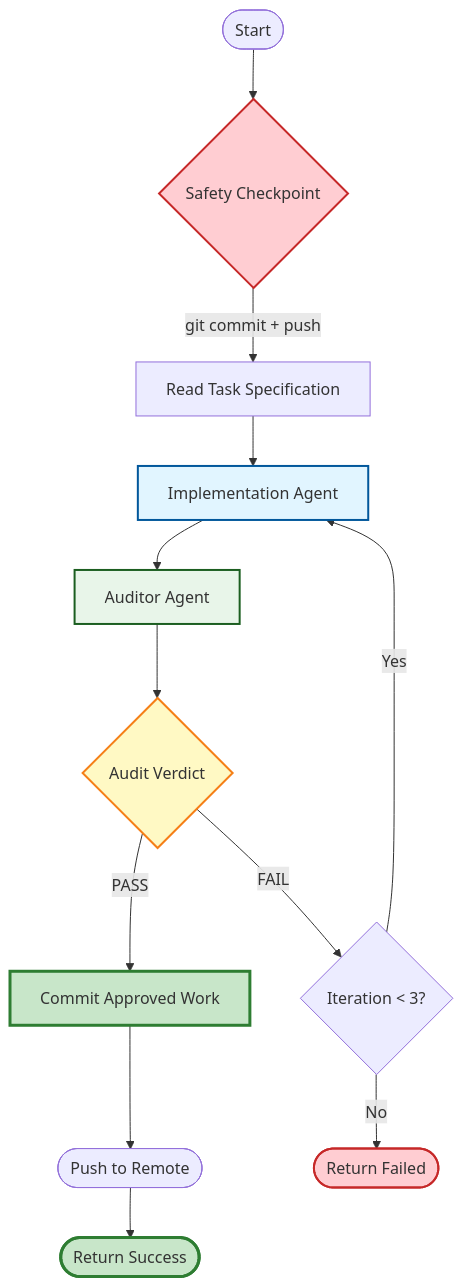
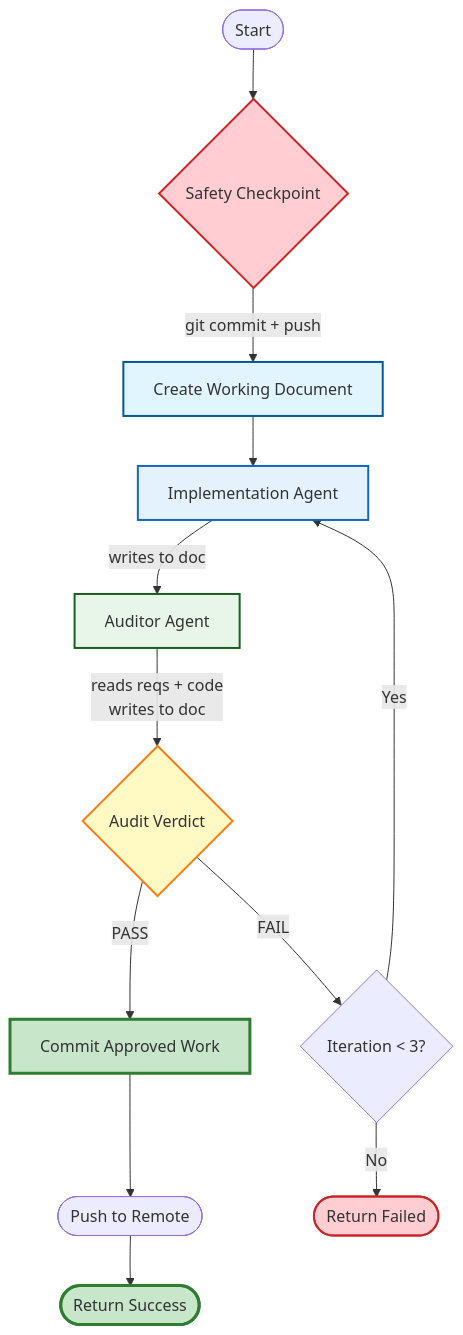
One commit to abcxyzx0099/datachat changed the diagram in .claude/skills/task-worker/SKILL.md. Above: the diagram before and after it, drawn with Mermaid. The commit also changed other lines of this file, not shown here.

First line of the commit message:
docs: add shared working document to task-worker skill

````diff
--- a/.claude/skills/task-worker/SKILL.md
+++ b/.claude/skills/task-worker/SKILL.md
@@ -12,27 +12,28 @@
 ```mermaid
 flowchart TD
     START([Start]) --> CHECKPOINT{Safety Checkpoint}
-    CHECKPOINT -->|git commit + push| READ[Read Task Specification]
+    CHECKPOINT -->|git commit + push| CREATE[Create Working Document]
 
-    READ --> IMPLEMENT[Implementation Agent]
-    IMPLEMENT --> AUDIT[Auditor Agent]
+    CREATE --> IMPLEMENT[Implementation Agent]
+    IMPLEMENT -->|writes to doc| AUDIT[Auditor Agent]
 
-    AUDIT --> DECISION{Audit Verdict}
+    AUDIT -->|reads reqs + code<br/>writes to doc| DECISION{Audit Verdict}
 
     DECISION -->|PASS| COMMIT[Commit Approved Work]
     DECISION -->|FAIL| COUNT{Iteration < 3?}
 
     COUNT -->|Yes| IMPLEMENT
     COUNT -->|No| RETURN([Return Failed])
 
     COMMIT --> PUSH([Push to Remote])
     PUSH --> DONE([Return Success])
 
     style CHECKPOINT fill:#ffcdd2,stroke:#c62828,stroke-width:2px
-    style IMPLEMENT fill:#e1f5ff,stroke:#01579b,stroke-width:2px
+    style CREATE fill:#e1f5ff,stroke:#01579b,stroke-width:2px
+    style IMPLEMENT fill:#e3f2fd,stroke:#1565c0,stroke-width:2px
     style AUDIT fill:#e8f5e9,stroke:#1b5e20,stroke-width:2px
     style DECISION fill:#fff9c4,stroke:#f57f17,stroke-width:2px
     style COMMIT fill:#c8e6c9,stroke:#2e7d32,stroke-width:3px
     style DONE fill:#c8e6c9,stroke:#2e7d32,stroke-width:3px
     style RETURN fill:#ffcdd2,stroke:#c62828,stroke-width:2px
 ```
````
